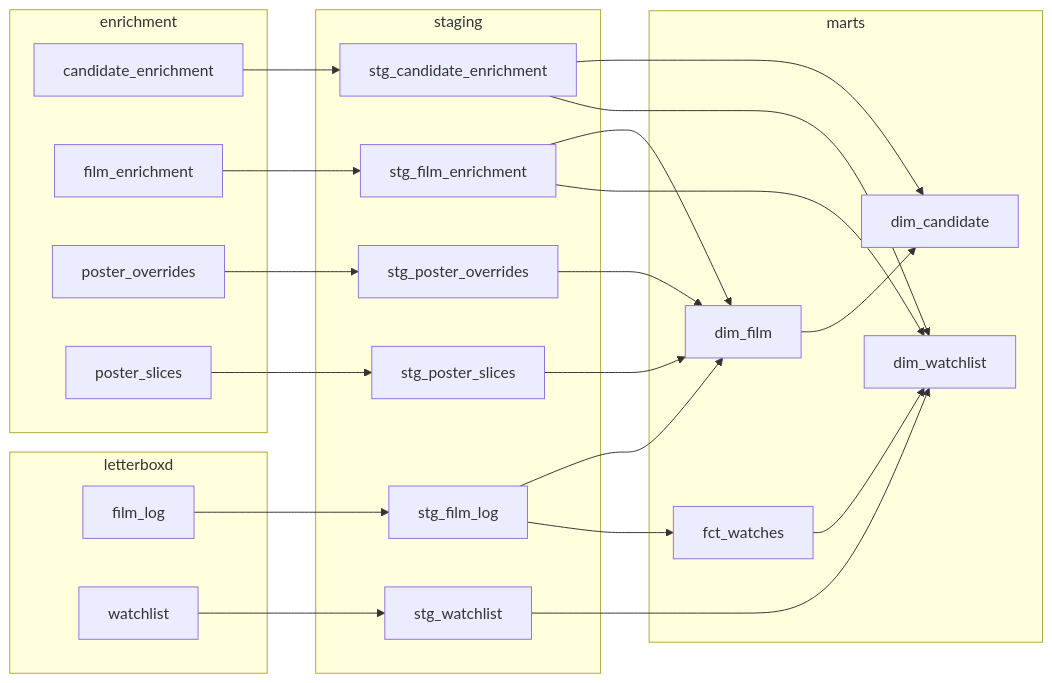
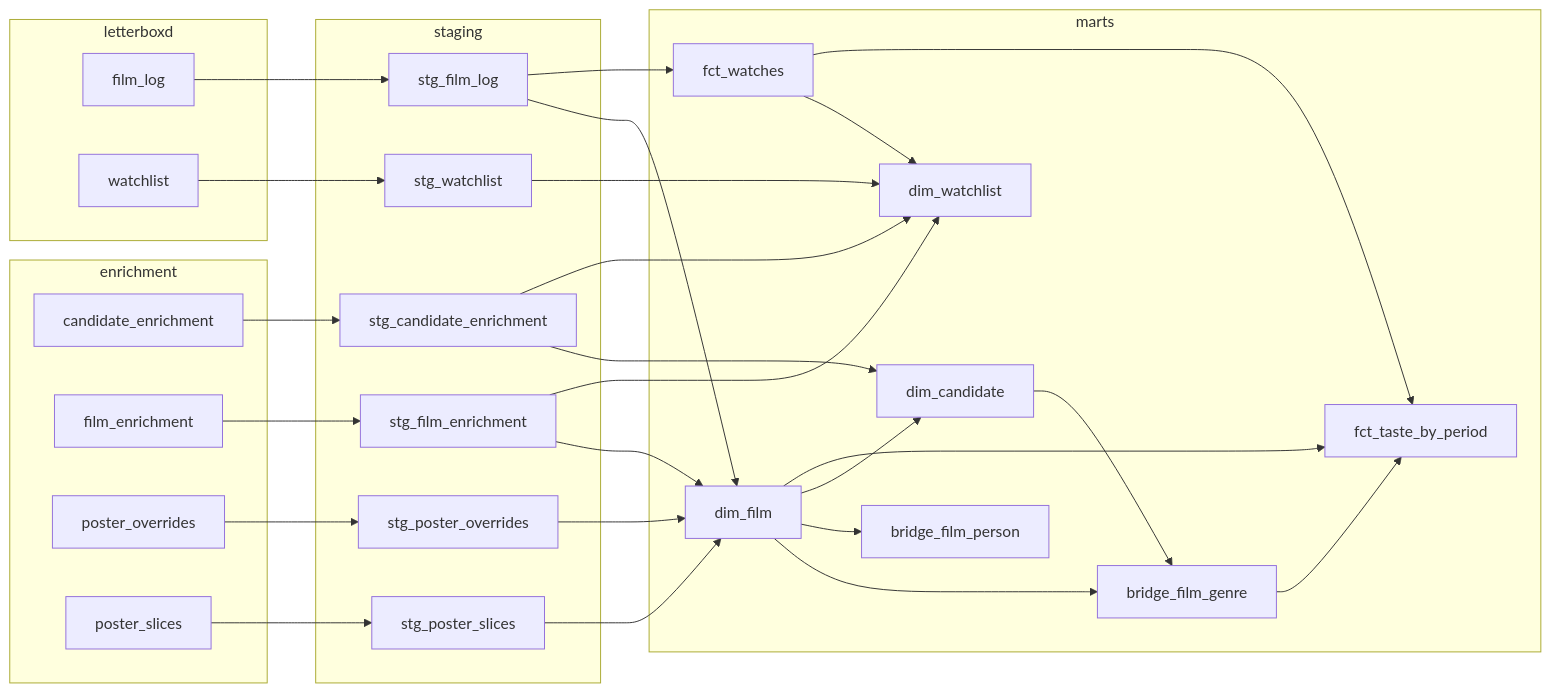
Before and after one commit to FeatherAnalytics/cinemetrics: the second of 3 diagrams in docs/ARCHITECTURE.md, drawn with Mermaid. The commit also changed other lines of this file and 59 other files, not shown here.

````diff
--- a/docs/ARCHITECTURE.md
+++ b/docs/ARCHITECTURE.md
@@ -80,44 +80,53 @@
 ```mermaid
 flowchart LR
   subgraph letterboxd[letterboxd]
     film_log
     watchlist
   end
   subgraph enrichment[enrichment]
     candidate_enrichment
     film_enrichment
     poster_overrides
     poster_slices
   end
   subgraph staging[staging]
     stg_candidate_enrichment
     stg_film_enrichment
     stg_film_log
     stg_poster_overrides
     stg_poster_slices
     stg_watchlist
   end
   subgraph marts[marts]
+    bridge_film_genre
+    bridge_film_person
     dim_candidate
     dim_film
     dim_watchlist
+    fct_taste_by_period
     fct_watches
   end
+  bridge_film_genre --> fct_taste_by_period
   candidate_enrichment --> stg_candidate_enrichment
+  dim_candidate --> bridge_film_genre
+  dim_film --> bridge_film_genre
+  dim_film --> bridge_film_person
   dim_film --> dim_candidate
+  dim_film --> fct_taste_by_period
   fct_watches --> dim_watchlist
+  fct_watches --> fct_taste_by_period
   film_enrichment --> stg_film_enrichment
   film_log --> stg_film_log
   poster_overrides --> stg_poster_overrides
   poster_slices --> stg_poster_slices
   stg_candidate_enrichment --> dim_candidate
   stg_candidate_enrichment --> dim_watchlist
   stg_film_enrichment --> dim_film
   stg_film_enrichment --> dim_watchlist
   stg_film_log --> dim_film
   stg_film_log --> fct_watches
   stg_poster_overrides --> dim_film
   stg_poster_slices --> dim_film
   stg_watchlist --> dim_watchlist
   watchlist --> stg_watchlist
 ```
````
